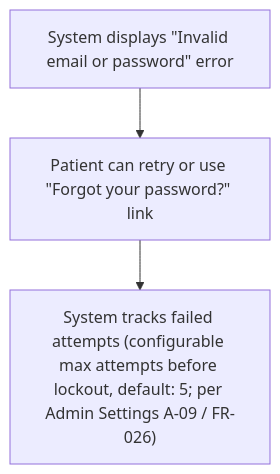
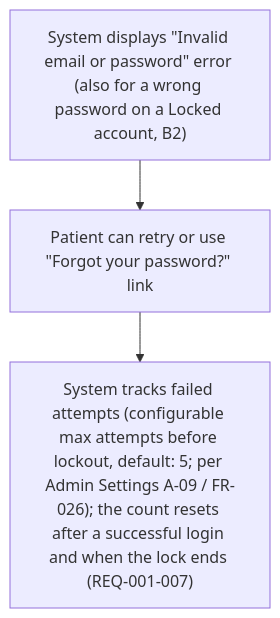
One commit to joachimtrungtuan/hairline-pm-docs changed the sixth of 15 diagrams in project-requirements/functional-requirements/fr001-patient-authentication/prd.md. Above: the diagram before and after it, drawn with Mermaid. The commit also changed other lines of this file and 5 other files, not shown here.

Commit message:
docs(fr001): apply logic review pass 2 fixes to PRD and graph

````diff
--- a/project-requirements/functional-requirements/fr001-patient-authentication/prd.md
+++ b/project-requirements/functional-requirements/fr001-patient-authentication/prd.md
@@ -195,5 +195,5 @@
 ```mermaid
 flowchart TD
-  W2B1_1["System displays &quot;Invalid email or password&quot; error"] --> W2B1_2["Patient can retry or use &quot;Forgot your password?&quot; link"]
-  W2B1_2 --> W2B1_3["System tracks failed attempts (configurable max attempts before lockout, default: 5; per Admin Settings A-09 / FR-026)"]
+  W2B1_1["System displays &quot;Invalid email or password&quot; error (also for a wrong password on a Locked account, B2)"] --> W2B1_2["Patient can retry or use &quot;Forgot your password?&quot; link"]
+  W2B1_2 --> W2B1_3["System tracks failed attempts (configurable max attempts before lockout, default: 5; per Admin Settings A-09 / FR-026); the count resets after a successful login and when the lock ends (REQ-001-007)"]
 ```
````
